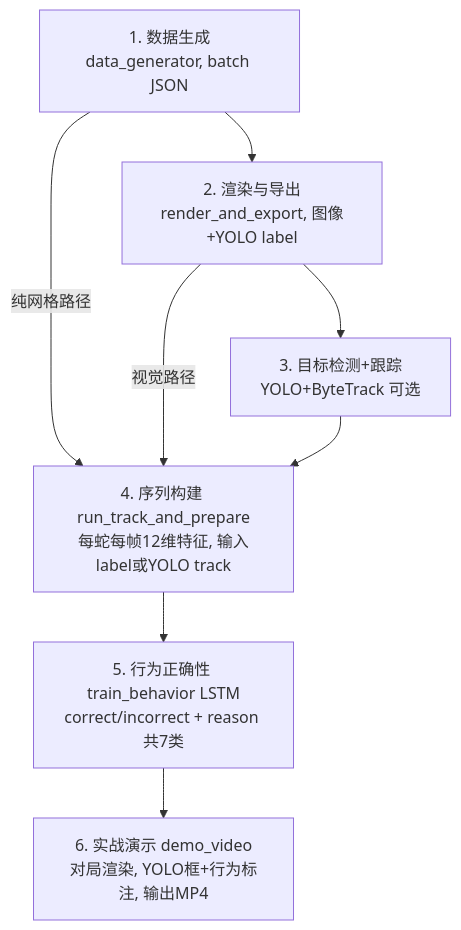
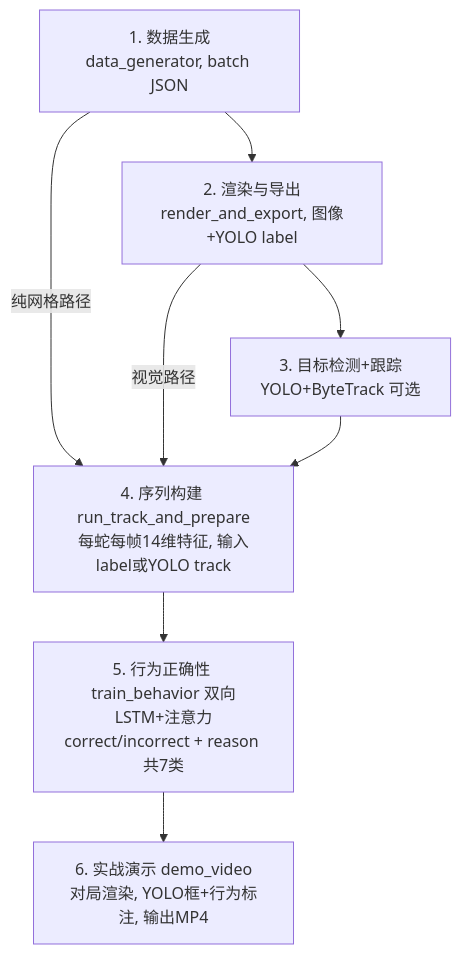
One commit to HeliumAreFlying/behavior_detection changed the diagram in README.md. Above: the diagram before and after it, drawn with Mermaid. The commit also changed other lines of this file and 5 other files, not shown here.

````diff
--- a/README.md
+++ b/README.md
@@ -9,19 +9,19 @@
 ```mermaid
 flowchart TB
     A["1. 数据生成<br/>data_generator, batch JSON"]
     B["2. 渲染与导出<br/>render_and_export, 图像+YOLO label"]
     C["3. 目标检测+跟踪<br/>YOLO+ByteTrack 可选"]
 
     A --> B --> C
     A -->|纯网格路径| D
     B -->|视觉路径| D
     C --> D
 
-    D["4. 序列构建 run_track_and_prepare<br/>每蛇每帧12维特征, 输入label或YOLO track"]
+    D["4. 序列构建 run_track_and_prepare<br/>每蛇每帧14维特征, 输入label或YOLO track"]
     D --> E
 
-    E["5. 行为正确性 train_behavior LSTM<br/>correct/incorrect + reason 共7类"]
+    E["5. 行为正确性 train_behavior 双向LSTM+注意力<br/>correct/incorrect + reason 共7类"]
     E --> F
 
     F["6. 实战演示 demo_video<br/>对局渲染, YOLO框+行为标注, 输出MP4"]
 ```
````
